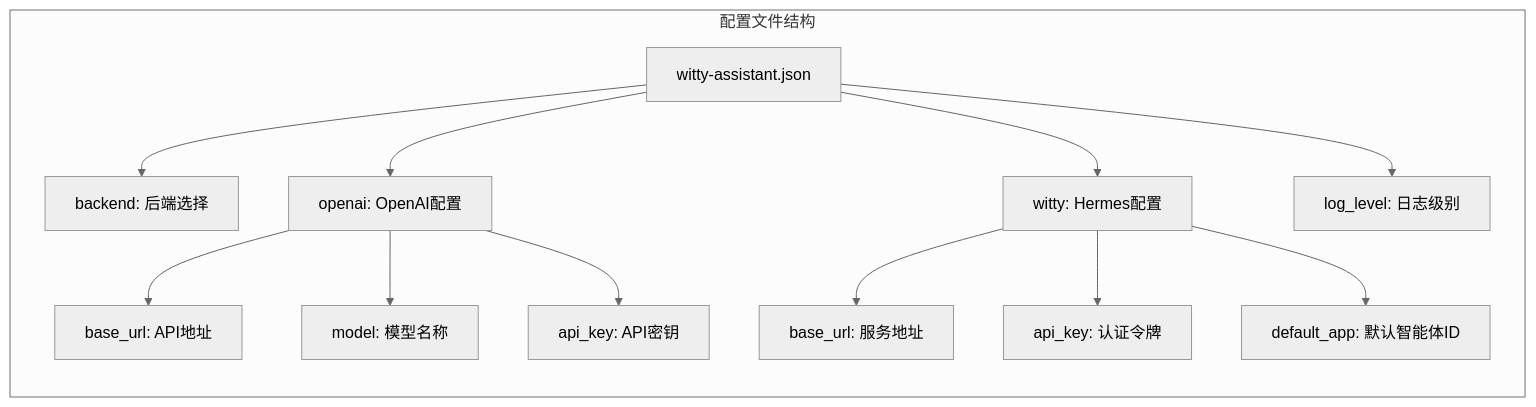
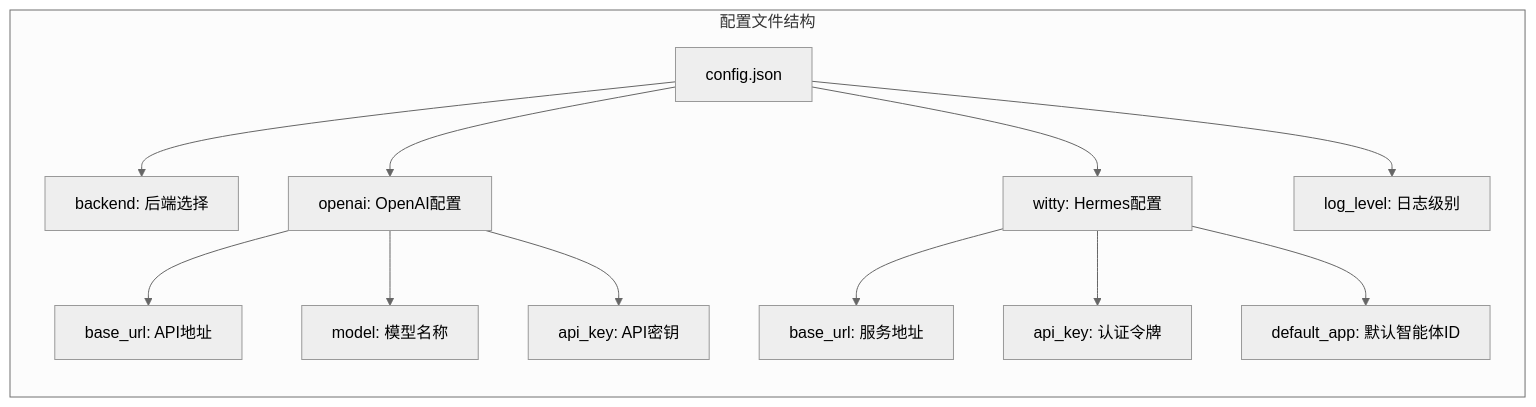
The sixth of 9 diagrams in docs/development/design/配置管理模块设计.md (openeuler-mirror/euler-copilot-shell), drawn with Mermaid (neutral theme) before and after one commit. The commit also changed other lines of this file and 8 other files, not shown here.

````diff
--- a/docs/development/design/配置管理模块设计.md
+++ b/docs/development/design/配置管理模块设计.md
@@ -190,17 +190,17 @@
 ```mermaid
 graph LR
     subgraph "配置文件结构"
-        A[witty-assistant.json] --> B[backend: 后端选择]
+        A[config.json] --> B[backend: 后端选择]
         A --> C[openai: OpenAI配置]
         A --> D[witty: Hermes配置]
         A --> E[log_level: 日志级别]
         
         C --> F[base_url: API地址]
         C --> G[model: 模型名称]
         C --> H[api_key: API密钥]
         
         D --> I[base_url: 服务地址]
         D --> J[api_key: 认证令牌]
         D --> K[default_app: 默认智能体ID]
     end
 ```
````
